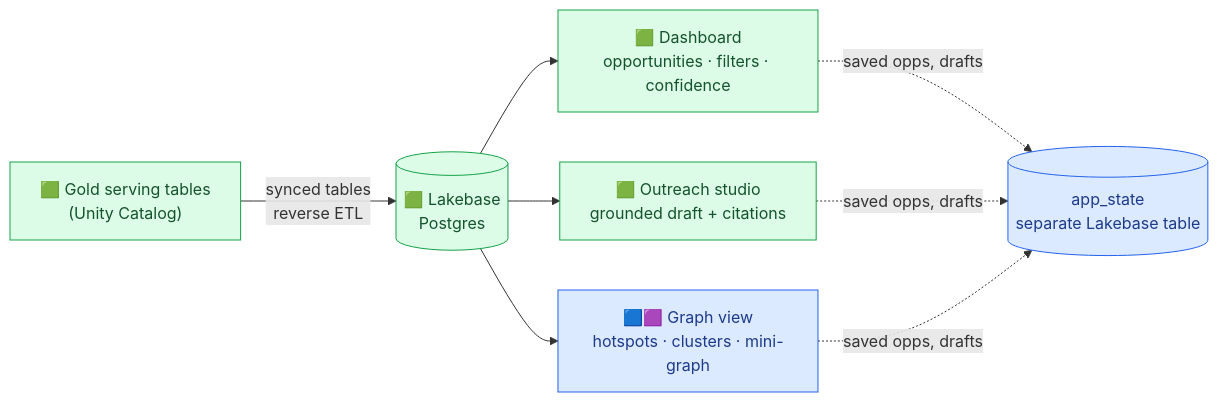
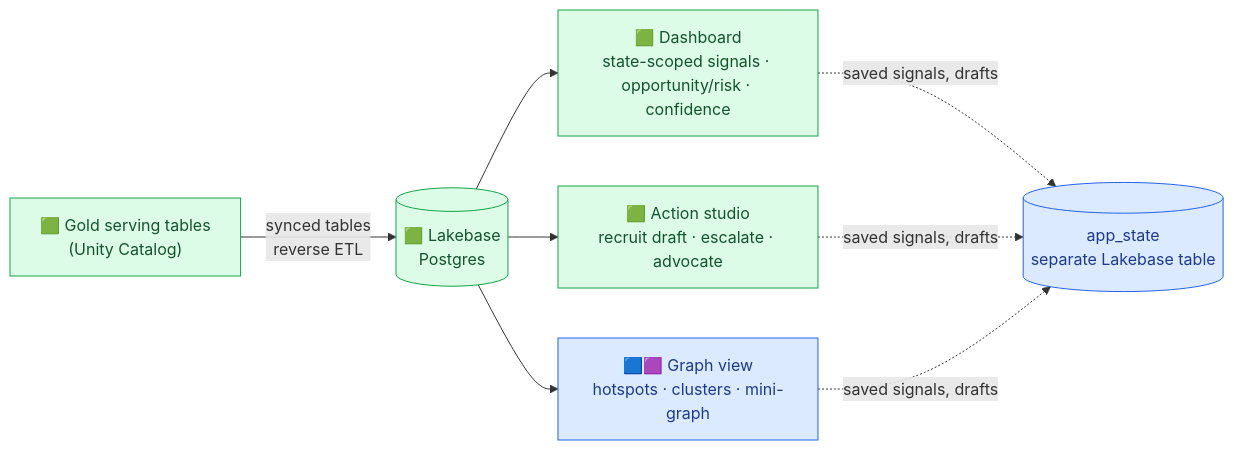
Before and after one commit to david-tempelmann/aifde_hackathon_dfg_2026: the sixth of 6 diagrams in docs/solution-design.md, drawn with Mermaid. The commit also changed other lines of this file and 2 other files, not shown here.

````diff
--- a/docs/solution-design.md
+++ b/docs/solution-design.md
@@ -388,14 +410,14 @@
 ```mermaid
 flowchart LR
     G["🟩 Gold serving tables<br/>(Unity Catalog)"] -->|synced tables<br/>reverse ETL| LB[("🟩 Lakebase<br/>Postgres")]
-    LB --> DASH["🟩 Dashboard<br/>opportunities · filters · confidence"]
-    LB --> OUT["🟩 Outreach studio<br/>grounded draft + citations"]
+    LB --> DASH["🟩 Dashboard<br/>state-scoped signals · opportunity/risk · confidence"]
+    LB --> OUT["🟩 Action studio<br/>recruit draft · escalate · advocate"]
     LB --> GV["🟦🟪 Graph view<br/>hotspots · clusters · mini-graph"]
-    DASH & OUT & GV -.->|saved opps, drafts| STATE[("app_state<br/>separate Lakebase table")]
+    DASH & OUT & GV -.->|saved signals, drafts| STATE[("app_state<br/>separate Lakebase table")]
 
     classDef must fill:#dcfce7,stroke:#16a34a,color:#14532d;
     classDef should fill:#dbeafe,stroke:#2563eb,color:#1e3a8a;
     class G,LB,DASH,OUT must;
     class GV should;
     class STATE should;
 ```
````
